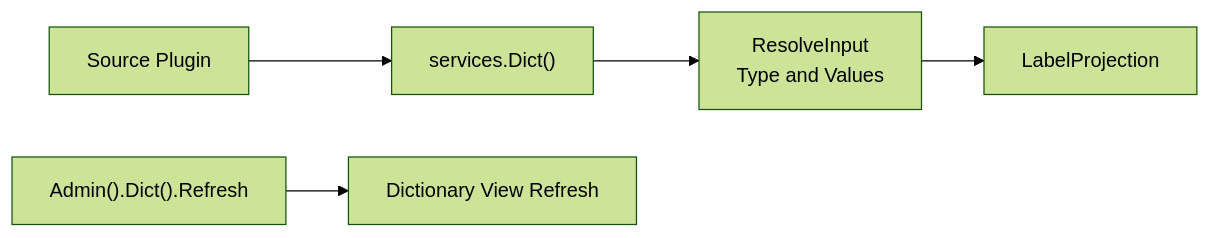
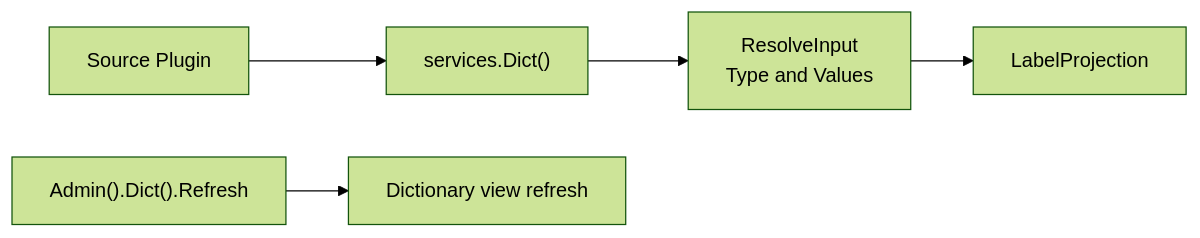
The diagram in apps/lina-site/i18n/en/docusaurus-plugin-content-docs/current/docs/3000-domain-capabilities/7000-dict.md (linaproai/linapro-site), drawn with Mermaid (forest theme) before and after one commit. The commit also changed other lines of this file and 56 other files, not shown here.

Commit message:
Refactor documentation for tenant and user capabilities; enhance clarity and consistency in descriptions, method names, and usage examples. Update overview and architecture sections for improved readability and coherence. Adjust demo instructions and project positioning for better user guidance.

````diff
--- a/apps/lina-site/i18n/en/docusaurus-plugin-content-docs/current/docs/3000-domain-capabilities/7000-dict.md
+++ b/apps/lina-site/i18n/en/docusaurus-plugin-content-docs/current/docs/3000-domain-capabilities/7000-dict.md
@@ -49,7 +49,7 @@
 ```mermaid
 graph LR
     Plugin["Source Plugin"] --> Dict["services.Dict()"]
     Dict --> Input["ResolveInput<br/>Type and Values"]
     Input --> Projection["LabelProjection"]
-    Admin["Admin().Dict().Refresh"] --> Cache["Dictionary View Refresh"]
+    Admin["Admin().Dict().Refresh"] --> Cache["Dictionary view refresh"]
 ```
````
